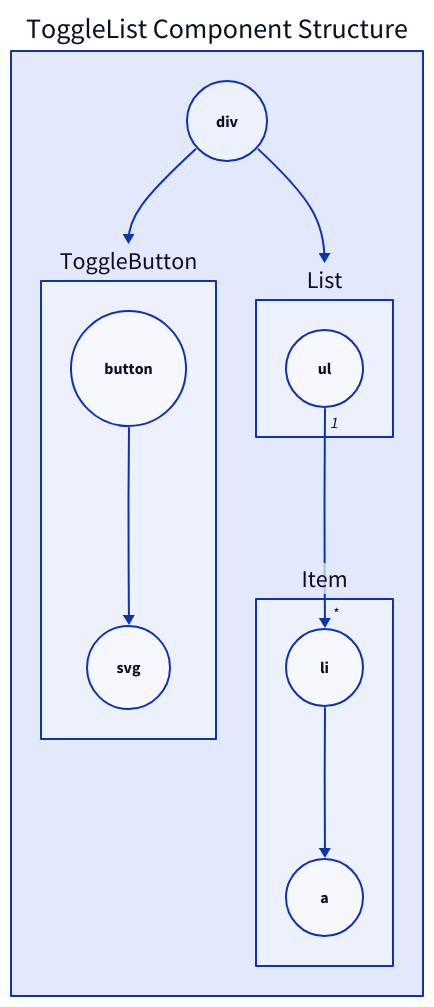
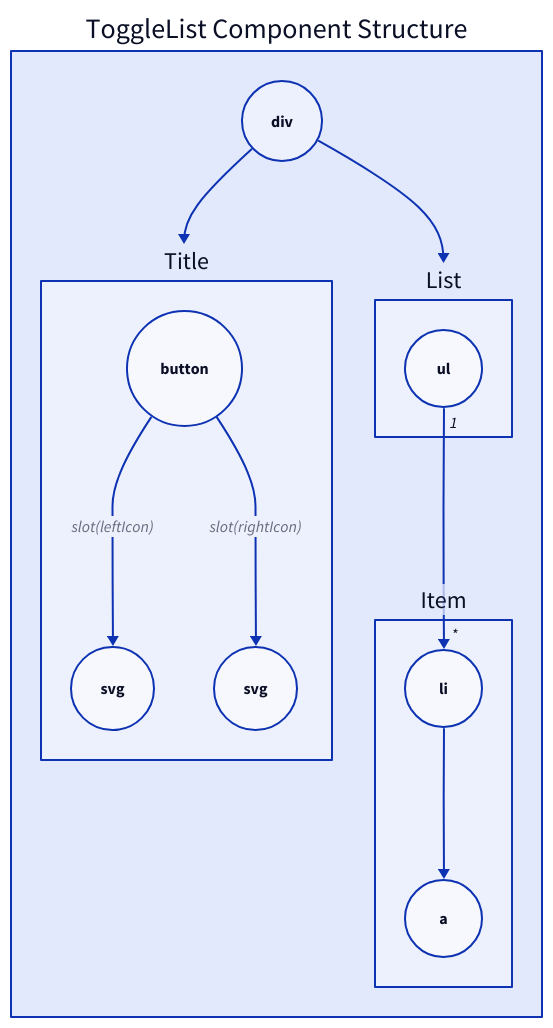
The diagram in packages/essentials/src/lib/components/list/assets/diagrams/togglelist.d2 (sveltinio/components-library), drawn with D2 before and after one commit. The commit also changed 2 other files, not shown here.

Commit message:
docs(essentials/list): update THEMING.md and the component diagram

```diff
--- a/packages/essentials/src/lib/components/list/assets/diagrams/togglelist.d2
+++ b/packages/essentials/src/lib/components/list/assets/diagrams/togglelist.d2
@@ -1,34 +1,37 @@
 # Layout Engine: Dagre
 DOM: "ToggleList Component Structure" {
-  ToggleButton: {
+  Title: {
     # keys, shapes and labels
     button.shape: circle
-    rightSideIcon: svg
-    rightSideIcon.shape: circle
+    leftIcon: svg
+    leftIcon.shape: circle
+    rightIcon: svg
+    rightIcon.shape: circle
     # connections
-    button -> rightSideIcon
+    button -> leftIcon: slot(leftIcon)
+    button -> rightIcon: slot(rightIcon)
   }
 
   List: {
     list.shape: circle
-    list: "ul"
+    list: ul
   }
 
   Item: {
     # keys, shapes and labels
     li.shape: circle
-    item: "a"
+    item: a
     item.shape: circle
     # connections
     li -> item
     _.List.list -> li: {
       source-arrowhead: 1
       target-arrowhead: *
     }
   }
 
   # connections
   div.shape: circle
-  div -> ToggleButton
+  div -> Title
   div -> List
 }
```
